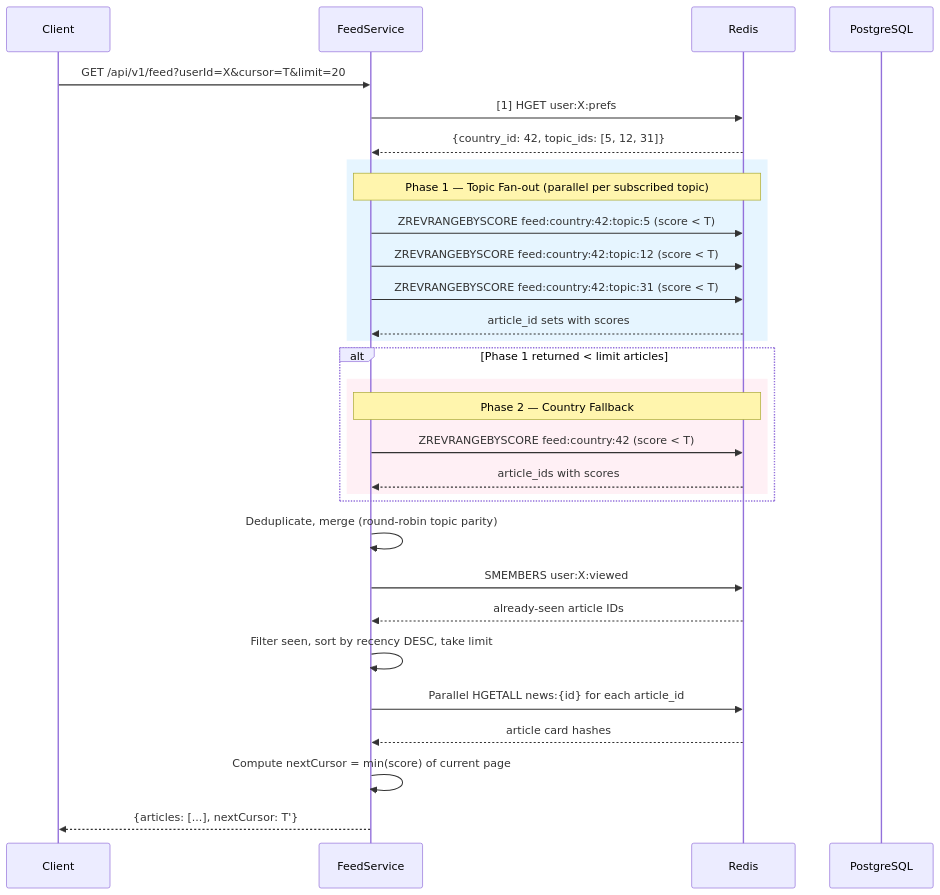
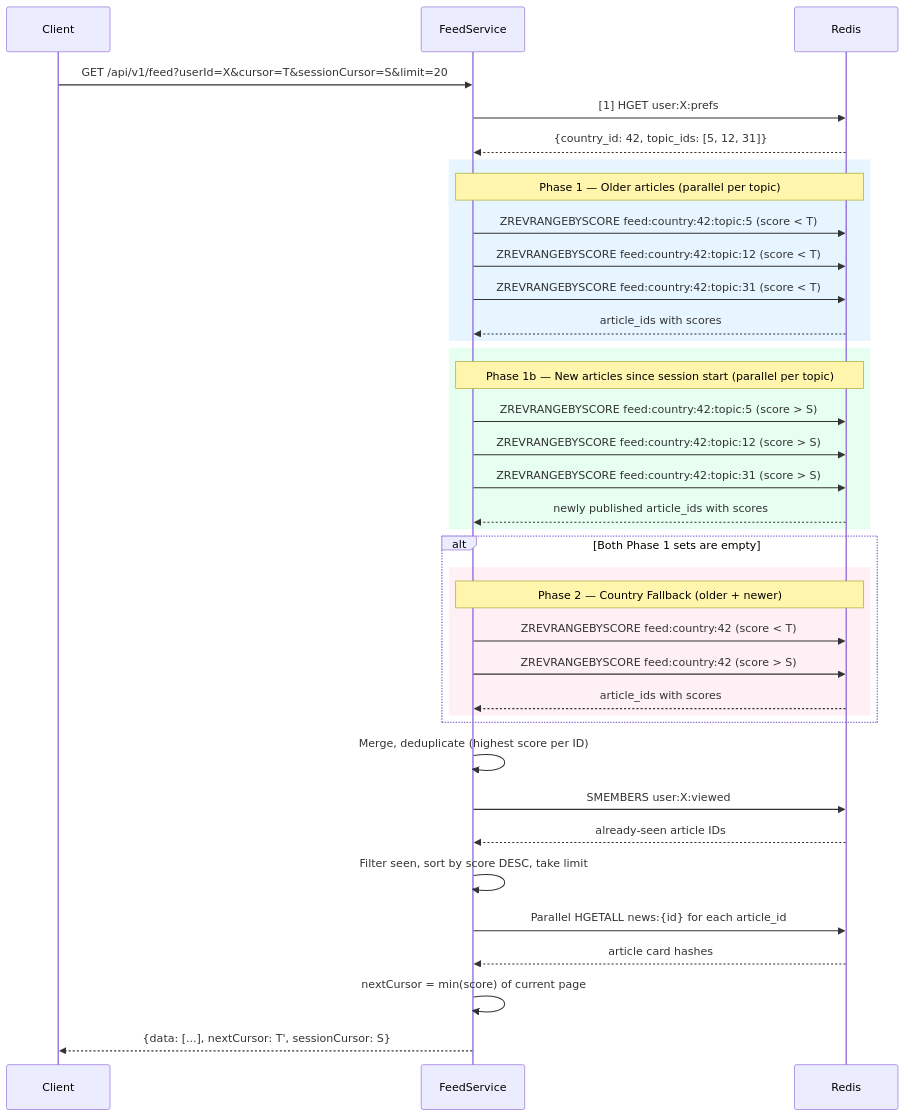
The second of 2 diagrams in docs/staging_docs/backend/README.md (ANZER03/imperium-news-streaming-platform), drawn with Mermaid before and after one commit. The commit also changed other lines of this file and 9 other files, not shown here.

Commit message:
refactore: change the ranking algorithm to serve new articles first, and update the welcome page

````diff
--- a/docs/staging_docs/backend/README.md
+++ b/docs/staging_docs/backend/README.md
@@ -75,39 +94,47 @@
 ```mermaid
 sequenceDiagram
     participant C as Client
     participant API as FeedService
     participant R as Redis
-    participant PG as PostgreSQL
 
-    C->>API: GET /api/v1/feed?userId=X&cursor=T&limit=20
+    C->>API: GET /api/v1/feed?userId=X&cursor=T&sessionCursor=S&limit=20
 
     API->>R: [1] HGET user:X:prefs
     R-->>API: {country_id: 42, topic_ids: [5, 12, 31]}
 
     rect rgb(230, 245, 255)
-        Note over API,R: Phase 1 — Topic Fan-out (parallel per subscribed topic)
+        Note over API,R: Phase 1 — Older articles (parallel per topic)
         API->>R: ZREVRANGEBYSCORE feed:country:42:topic:5 (score < T)
         API->>R: ZREVRANGEBYSCORE feed:country:42:topic:12 (score < T)
         API->>R: ZREVRANGEBYSCORE feed:country:42:topic:31 (score < T)
-        R-->>API: article_id sets with scores
+        R-->>API: article_ids with scores
     end
 
-    alt Phase 1 returned < limit articles
+    rect rgb(230, 255, 240)
+        Note over API,R: Phase 1b — New articles since session start (parallel per topic)
+        API->>R: ZREVRANGEBYSCORE feed:country:42:topic:5 (score > S)
+        API->>R: ZREVRANGEBYSCORE feed:country:42:topic:12 (score > S)
+        API->>R: ZREVRANGEBYSCORE feed:country:42:topic:31 (score > S)
+        R-->>API: newly published article_ids with scores
+    end
+
+    alt Both Phase 1 sets are empty
         rect rgb(255, 240, 245)
-            Note over API,R: Phase 2 — Country Fallback
+            Note over API,R: Phase 2 — Country Fallback (older + newer)
             API->>R: ZREVRANGEBYSCORE feed:country:42 (score < T)
+            API->>R: ZREVRANGEBYSCORE feed:country:42 (score > S)
             R-->>API: article_ids with scores
         end
     end
 
-    API->>API: Deduplicate, merge (round-robin topic parity)
+    API->>API: Merge, deduplicate (highest score per ID)
     API->>R: SMEMBERS user:X:viewed
     R-->>API: already-seen article IDs
-    API->>API: Filter seen, sort by recency DESC, take limit
+    API->>API: Filter seen, sort by score DESC, take limit
 
     API->>R: Parallel HGETALL news:{id} for each article_id
     R-->>API: article card hashes
 
-    API->>API: Compute nextCursor = min(score) of current page
-    API-->>C: {articles: [...], nextCursor: T'}
+    API->>API: nextCursor = min(score) of current page
+    API-->>C: {data: [...], nextCursor: T', sessionCursor: S}
 ```
````
